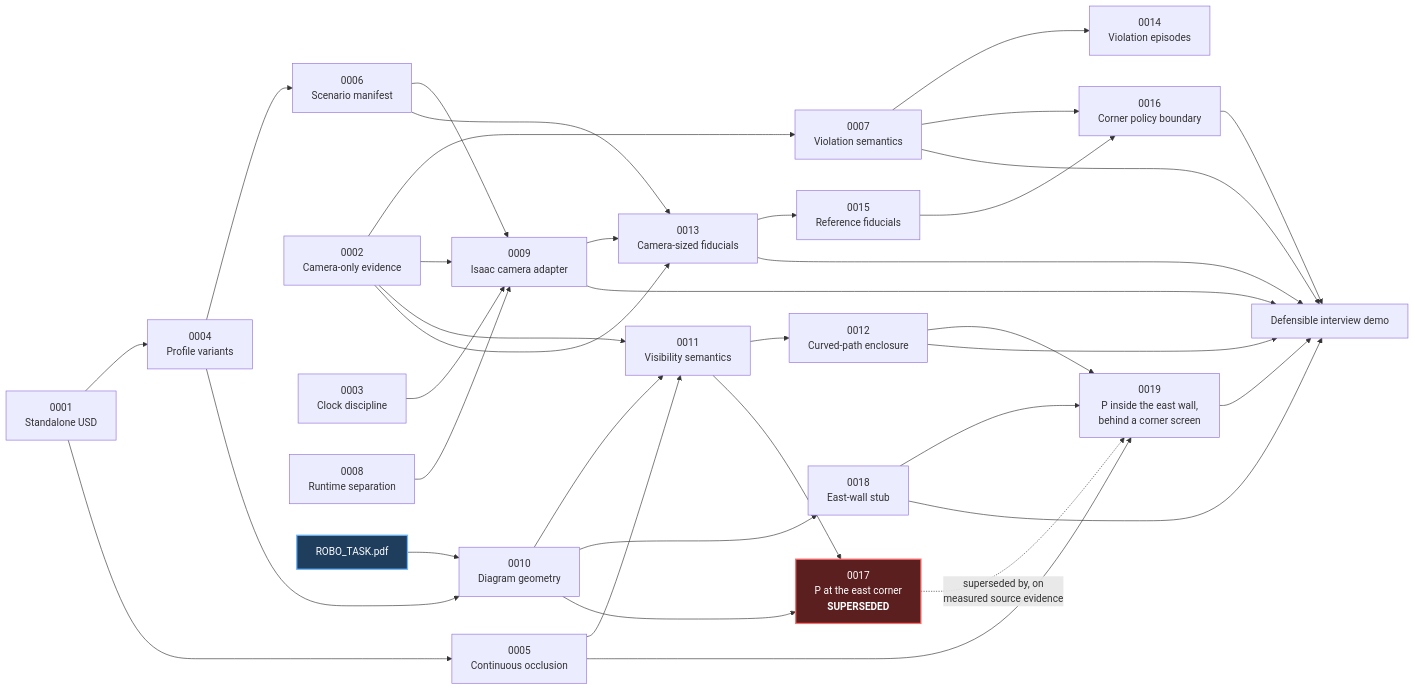
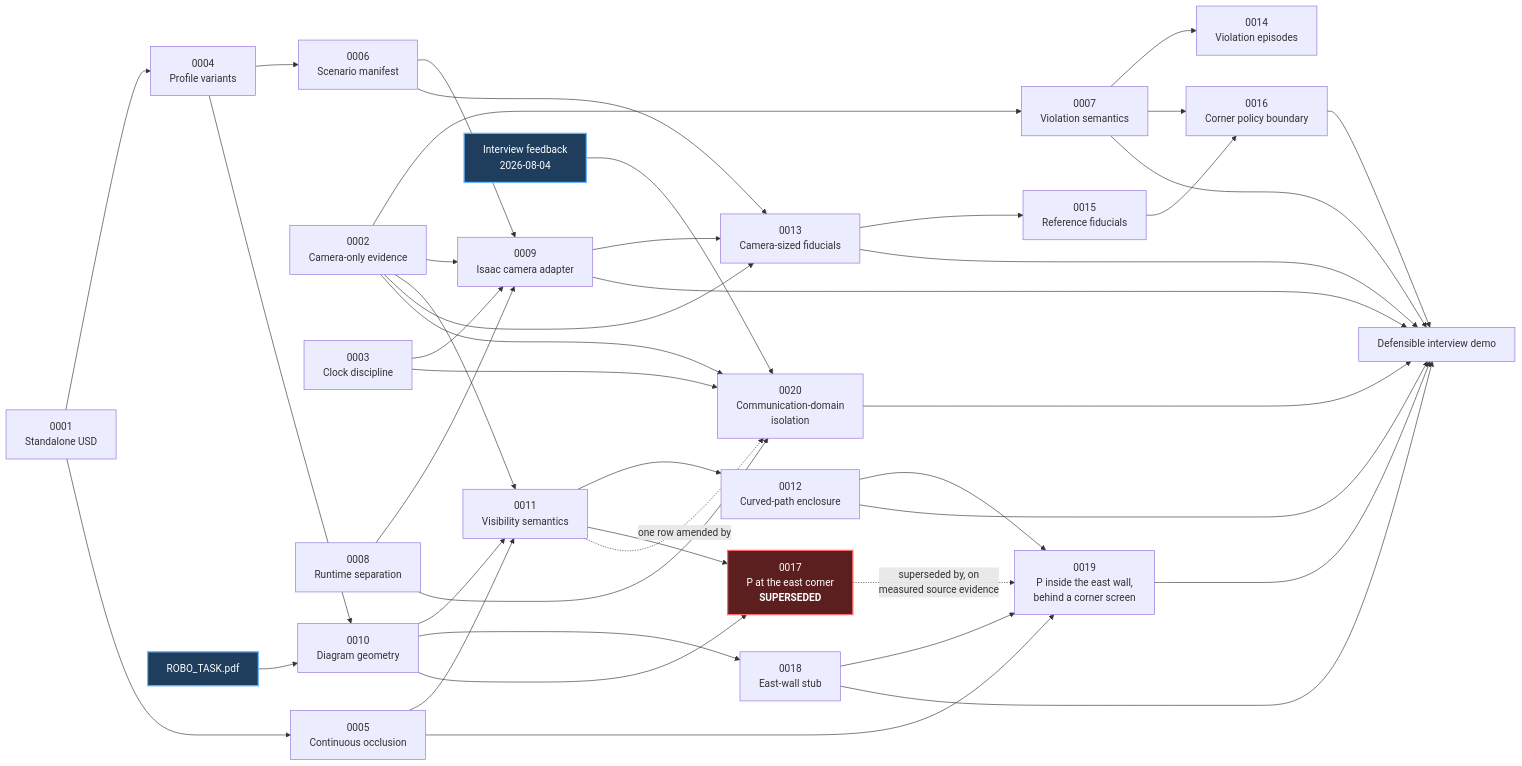
The diagram in docs/adr/README.md (alexandergmzx/corridor-twin), drawn with Mermaid before and after one commit. The commit also changed other lines of this file and 1 other file, not shown here.

First line of the commit message:
docs(adr): record the communication-domain reinterpretation

````diff
--- a/docs/adr/README.md
+++ b/docs/adr/README.md
@@ -42,48 +43,56 @@
 ```mermaid
 flowchart LR
     A1["0001<br/>Standalone USD"] --> A4["0004<br/>Profile variants"]
     A4 --> A6["0006<br/>Scenario manifest"]
 
     A2["0002<br/>Camera-only evidence"] --> A7["0007<br/>Violation semantics"]
     A7 --> A14["0014<br/>Violation episodes"]
     A3["0003<br/>Clock discipline"] --> A9["0009<br/>Isaac camera adapter"]
     A8["0008<br/>Runtime separation"] --> A9
     A2 --> A9
     A6 --> A9
 
     A1 --> A5["0005<br/>Continuous occlusion"]
 
     Task["ROBO_TASK.pdf"] --> A10["0010<br/>Diagram geometry"]
     A4 --> A10
     A10 --> A11["0011<br/>Visibility semantics"]
     A5 --> A11
     A2 --> A11
 
     A11 --> A12["0012<br/>Curved-path enclosure"]
     A2 --> A13["0013<br/>Camera-sized fiducials"]
     A6 --> A13
     A9 --> A13
     A13 --> A15["0015<br/>Reference fiducials"]
     A7 --> A16["0016<br/>Corner policy boundary"]
     A15 --> A16
 
     A10 --> A18["0018<br/>East-wall stub"]
     A11 --> A17["0017<br/>P at the east corner<br/><b>SUPERSEDED</b>"]:::superseded
     A10 --> A17
     A17 -. "superseded by, on<br/>measured source evidence" .-> A19["0019<br/>P inside the east wall,<br/>behind a corner screen"]
     A18 --> A19
     A12 --> A19
     A5 --> A19
 
+    Feedback["Interview feedback<br/>2026-08-04"] --> A20["0020<br/>Communication-domain<br/>isolation"]
+    A2 --> A20
+    A3 --> A20
+    A8 --> A20
+    A11 -. "one row amended by" .-> A20
+
     A12 --> Demo["Defensible interview demo"]
     A13 --> Demo
     A16 --> Demo
     A7 --> Demo
     A9 --> Demo
     A18 --> Demo
     A19 --> Demo
+    A20 --> Demo
 
     classDef source fill:#1f3d5c,color:#ffffff,stroke:#6bb6ff,stroke-width:2px;
     classDef superseded fill:#5c1f1f,color:#ffffff,stroke:#ff6b6b,stroke-width:2px;
     class Task source;
+    class Feedback source;
 ```
````
